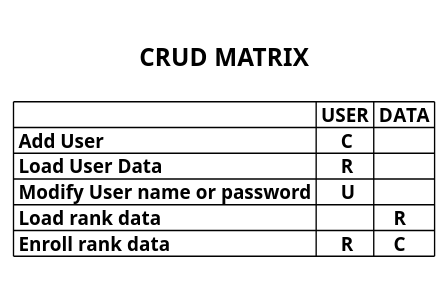
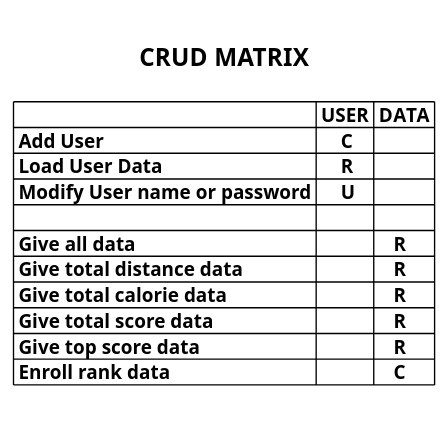
Before and after one commit to GC211MP/API: the diagram in documents/crud_matrix.puml, drawn with PlantUML. The commit also changed 1 other file, not shown here.

```diff
--- a/documents/crud_matrix.puml
+++ b/documents/crud_matrix.puml
@@ -1,18 +1,23 @@
 @startuml crud
 
 ' https://raw.githubusercontent.com/GC211MP/API/main/documents/crud_matrix.puml
 
 title
   
   =CRUD MATRIX
 
   |                               |= USER |= DATA |
   |= Add User                     |     C |       |
   |= Load User Data               |     R |       |
   |= Modify User name or password |     U |       |
-  |= Load rank data               |       |    R  |
-  |= Enroll rank data             |     R |    C  |
+  | | | |
+  |= Give all data                |       |    R  |
+  |= Give total distance data     |       |    R  |
+  |= Give total calorie data      |       |    R  |
+  |= Give total score data        |       |    R  |
+  |= Give top score data          |       |    R  |
+  |= Enroll rank data             |       |    C  |
   
 end title
 
 @enduml
```
